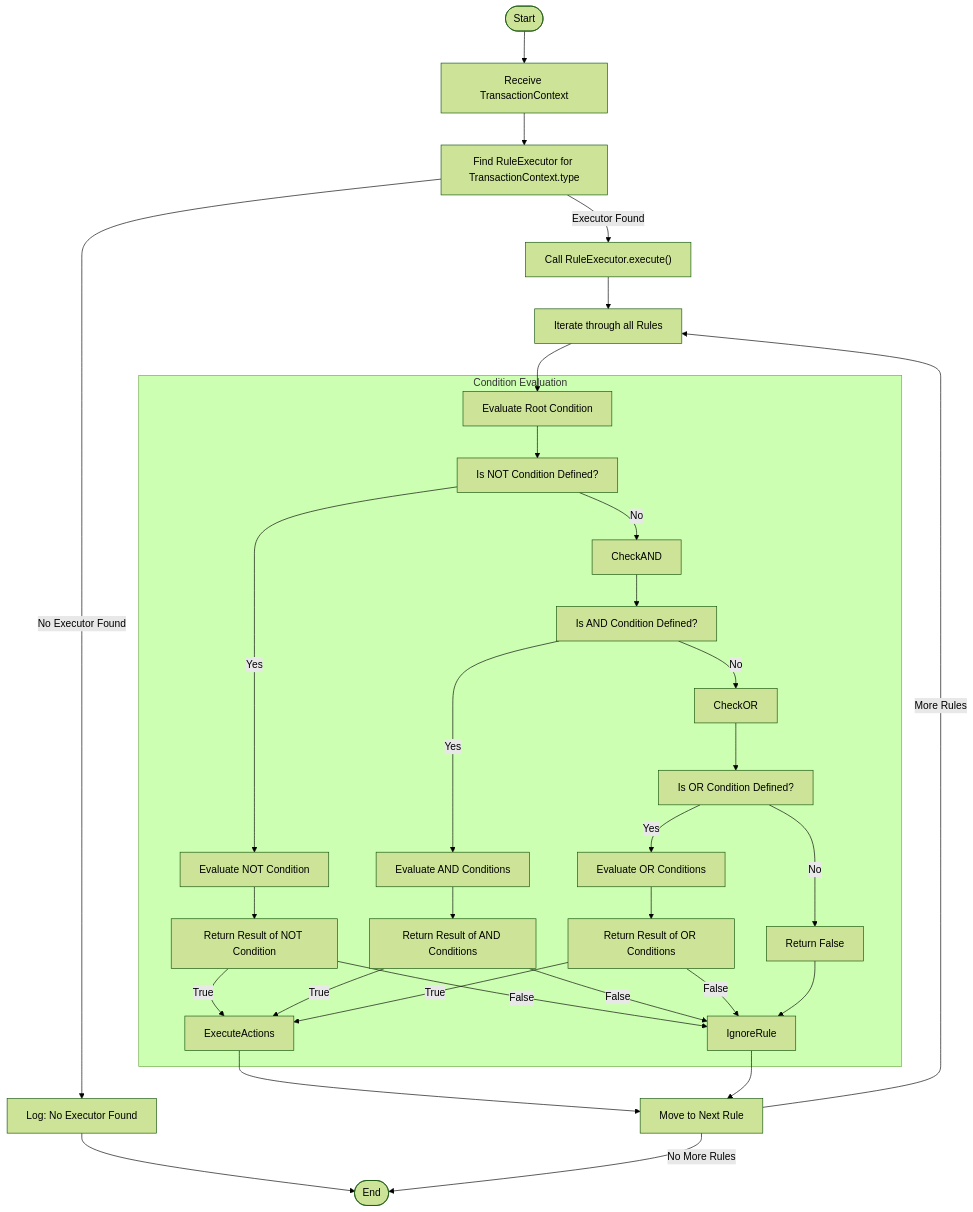
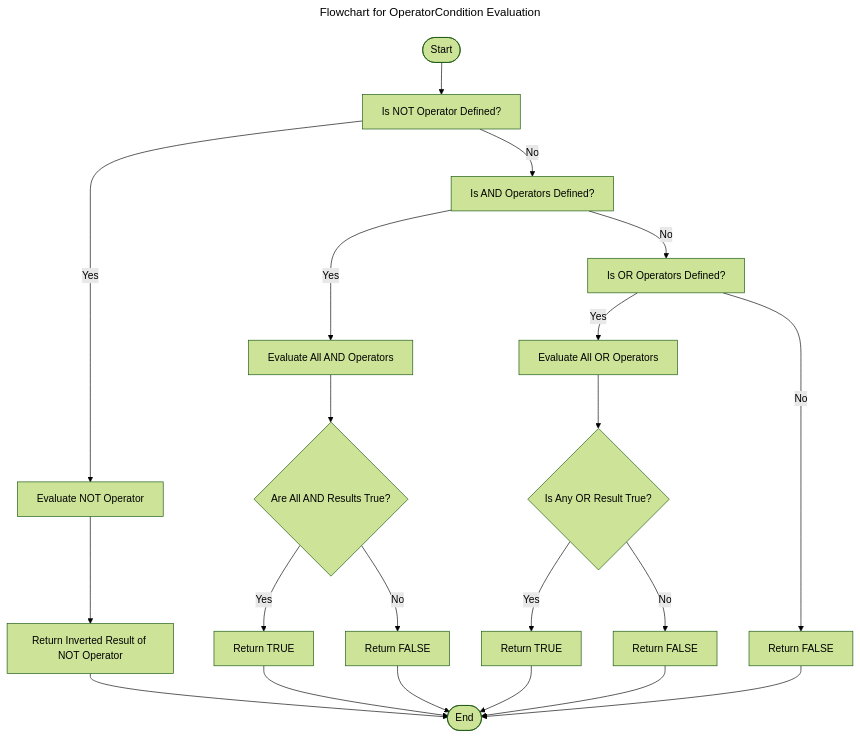
One commit to thanhtrixx/rule-engine changed the third of 3 diagrams in README.md. Above: the diagram before and after it, drawn with Mermaid (forest theme). The commit also changed other lines of this file, not shown here.

Commit message:
Enhance Flowchart and Class diagram

````diff
--- a/README.md
+++ b/README.md
@@ -103,44 +109,32 @@
 ```mermaid
+---
+title: Flowchart for OperatorCondition Evaluation
+---
 flowchart TD
-    Start([Start]) --> GetTransaction[Receive TransactionContext]
-    GetTransaction --> FindExecutor[Find RuleExecutor for TransactionContext.type]
-    FindExecutor -->|Executor Found| CallExecutor["Call RuleExecutor.execute()"]
-    FindExecutor -->|No Executor Found| LogIgnored[Log: No Executor Found]
-    LogIgnored --> End([End])
-
-    CallExecutor --> EvaluateRules[Iterate through all Rules]
-    EvaluateRules --> CheckRootCondition[Evaluate Root Condition]
-
-    subgraph ConditionEvaluation[Condition Evaluation]
-        CheckRootCondition --> CheckNOT[Is NOT Condition Defined?]
-        CheckNOT -->|Yes| EvaluateNOT[Evaluate NOT Condition]
-        CheckNOT -->|No| CheckAND
-
-        EvaluateNOT --> ReturnNOTResult[Return Result of NOT Condition]
-        ReturnNOTResult -->|True| ExecuteActions
-        ReturnNOTResult -->|False| IgnoreRule
-
-        CheckAND --> IsANDDefined[Is AND Condition Defined?]
-        IsANDDefined -->|Yes| EvaluateAND[Evaluate AND Conditions]
-        IsANDDefined -->|No| CheckOR
-
-        EvaluateAND --> ReturnANDResult[Return Result of AND Conditions]
-        ReturnANDResult -->|True| ExecuteActions
-        ReturnANDResult -->|False| IgnoreRule
-
-        CheckOR --> IsORDefined[Is OR Condition Defined?]
-        IsORDefined -->|Yes| EvaluateOR[Evaluate OR Conditions]
-        IsORDefined -->|No| ReturnDefaultFalse[Return False]
-
-        EvaluateOR --> ReturnORResult[Return Result of OR Conditions]
-        ReturnORResult -->|True| ExecuteActions
-        ReturnORResult -->|False| IgnoreRule
-
-        ReturnDefaultFalse --> IgnoreRule
-    end
-
-    ExecuteActions --> NextRule[Move to Next Rule]
-    IgnoreRule --> NextRule
-    NextRule -->|More Rules| EvaluateRules
-    NextRule -->|No More Rules| End([End])
+    Start([Start]) --> CheckNOT[Is NOT Operator Defined?]
+    
+    CheckNOT -->|Yes| EvaluateNOT[Evaluate NOT Operator]
+    EvaluateNOT --> ReturnNOTResult[Return Inverted Result of NOT Operator]
+    ReturnNOTResult --> End([End])
+    
+    CheckNOT -->|No| CheckAND[Is AND Operators Defined?]
+    
+    CheckAND -->|Yes| EvaluateAND[Evaluate All AND Operators]
+    EvaluateAND --> CheckAllANDTrue{Are All AND Results True?}
+    CheckAllANDTrue -->|Yes| ReturnANDTrue[Return TRUE]
+    CheckAllANDTrue -->|No| ReturnANDFalse[Return FALSE]
+    ReturnANDTrue --> End
+    ReturnANDFalse --> End
+    
+    CheckAND -->|No| CheckOR[Is OR Operators Defined?]
+    
+    CheckOR -->|Yes| EvaluateOR[Evaluate All OR Operators]
+    EvaluateOR --> CheckAnyORTrue{Is Any OR Result True?}
+    CheckAnyORTrue -->|Yes| ReturnORTrue[Return TRUE]
+    CheckAnyORTrue -->|No| ReturnORFalse[Return FALSE]
+    ReturnORTrue --> End
+    ReturnORFalse --> End
+    
+    CheckOR -->|No| ReturnDefaultFalse[Return FALSE]
+    ReturnDefaultFalse --> End
 ```
````
